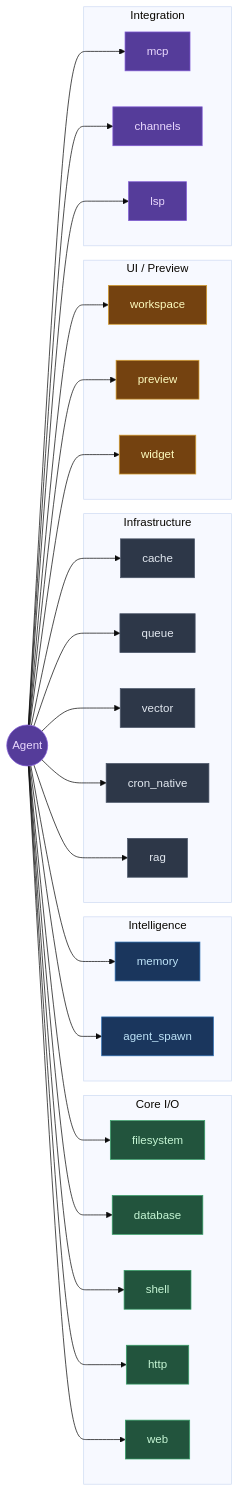
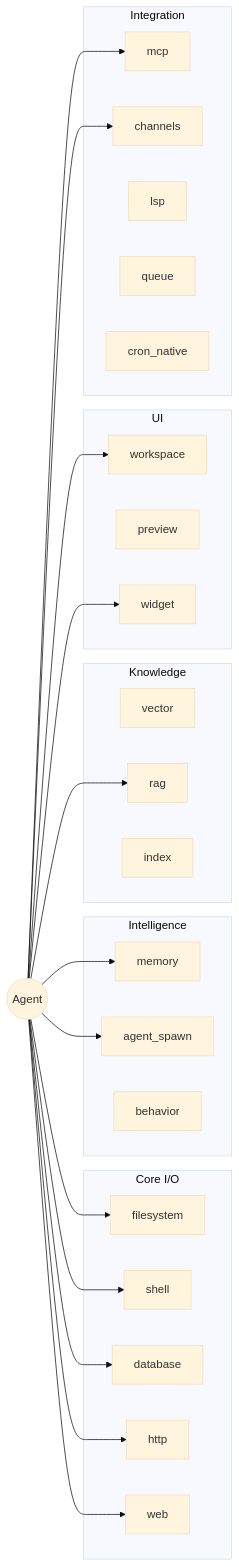
The third of 3 diagrams in docs/index.md (mbathe/digitorn-bridge), drawn with Mermaid (base theme) before and after one commit. The commit also changed other lines of this file and 346 other files, not shown here.

````diff
--- a/docs/index.md
+++ b/docs/index.md
@@ -149,74 +173,44 @@
 ```mermaid
 graph LR
     subgraph "Core I/O"
         FS[filesystem]
+        SH[shell]
         DB[database]
-        SH[shell]
         HTTP[http]
         WEB[web]
     end
-
     subgraph "Intelligence"
         MEM[memory]
         SPAWN[agent_spawn]
+        BHV[behavior]
     end
-
-    subgraph "Infrastructure"
-        CACHE[cache]
-        Q[queue]
+    subgraph "Knowledge"
         VEC[vector]
-        CRON[cron_native]
         RAG[rag]
+        IDX[index]
     end
-
-    subgraph "UI / Preview"
+    subgraph "UI"
         WS[workspace]
         PREV[preview]
         WIDG[widget]
     end
-
     subgraph "Integration"
         MCP[mcp]
         CH[channels]
         LSP[lsp]
+        Q[queue]
+        CRON[cron_native]
     end
-
     Agent((Agent)) --> FS
+    Agent --> SH
     Agent --> DB
-    Agent --> SH
     Agent --> HTTP
     Agent --> WEB
     Agent --> MEM
     Agent --> SPAWN
-    Agent --> CACHE
-    Agent --> Q
-    Agent --> VEC
-    Agent --> CRON
     Agent --> RAG
     Agent --> WS
-    Agent --> PREV
     Agent --> WIDG
     Agent --> MCP
     Agent --> CH
-    Agent --> LSP
-
-    style Agent fill:#553c9a,stroke:#805ad5,color:#e9d8fd
-    style FS fill:#22543d,stroke:#38a169,color:#c6f6d5
-    style DB fill:#22543d,stroke:#38a169,color:#c6f6d5
-    style SH fill:#22543d,stroke:#38a169,color:#c6f6d5
-    style HTTP fill:#22543d,stroke:#38a169,color:#c6f6d5
-    style WEB fill:#22543d,stroke:#38a169,color:#c6f6d5
-    style MEM fill:#1a365d,stroke:#2b6cb0,color:#bee3f8
-    style SPAWN fill:#1a365d,stroke:#2b6cb0,color:#bee3f8
-    style CACHE fill:#2d3748,stroke:#4a5568,color:#e2e8f0
-    style Q fill:#2d3748,stroke:#4a5568,color:#e2e8f0
-    style VEC fill:#2d3748,stroke:#4a5568,color:#e2e8f0
-    style CRON fill:#2d3748,stroke:#4a5568,color:#e2e8f0
-    style RAG fill:#2d3748,stroke:#4a5568,color:#e2e8f0
-    style WS fill:#744210,stroke:#d69e2e,color:#fefcbf
-    style PREV fill:#744210,stroke:#d69e2e,color:#fefcbf
-    style WIDG fill:#744210,stroke:#d69e2e,color:#fefcbf
-    style MCP fill:#553c9a,stroke:#805ad5,color:#e9d8fd
-    style CH fill:#553c9a,stroke:#805ad5,color:#e9d8fd
-    style LSP fill:#553c9a,stroke:#805ad5,color:#e9d8fd
 ```
````
